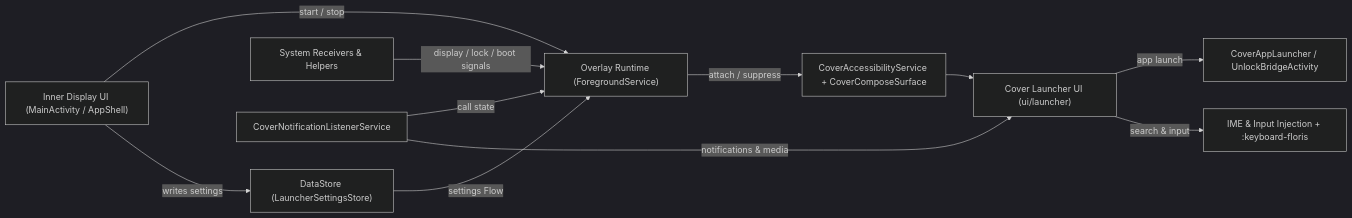
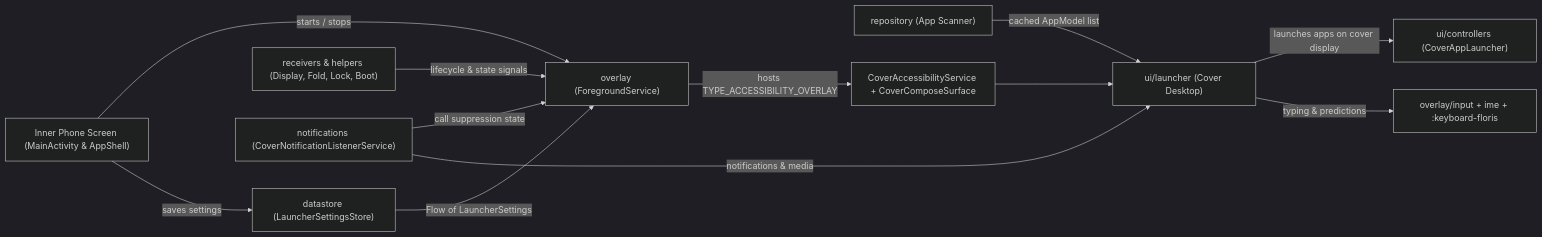
One commit to tyejaedon/Cover-Screen-OS changed the diagram in app/README.md. Above: the diagram before and after it, drawn with Mermaid (dark theme). The commit also changed other lines of this file and 157 other files, not shown here.

````diff
--- a/app/README.md
+++ b/app/README.md
@@ -18,13 +75,14 @@
 ```mermaid
 flowchart LR
-    Inner["Inner Display UI (MainActivity / AppShell)"] -->|"writes settings"| Store["DataStore (LauncherSettingsStore)"]
-    Inner -->|"start / stop"| Engine["Overlay Runtime (ForegroundService)"]
-    Receivers["System Receivers & Helpers"] -->|"display / lock / boot signals"| Engine
-    Notifs["CoverNotificationListenerService"] -->|"notifications & media"| Launcher["Cover Launcher UI (ui/launcher)"]
-    Notifs -->|"call state"| Engine
-    Store -->|"settings Flow"| Engine
-    Engine -->|"attach / suppress"| Surface["CoverAccessibilityService + CoverComposeSurface"]
+    Inner["Inner Phone Screen (MainActivity & AppShell)"] -->|"saves settings"| Store["datastore (LauncherSettingsStore)"]
+    Inner -->|"starts / stops"| Engine["overlay (ForegroundService)"]
+    Receivers["receivers & helpers (Display, Fold, Lock, Boot)"] -->|"lifecycle & state signals"| Engine
+    Notifs["notifications (CoverNotificationListenerService)"] -->|"notifications & media"| Launcher["ui/launcher (Cover Desktop)"]
+    Notifs -->|"call suppression state"| Engine
+    Repo["repository (App Scanner)"] -->|"cached AppModel list"| Launcher
+    Store -->|"Flow of LauncherSettings"| Engine
+    Engine -->|"hosts TYPE_ACCESSIBILITY_OVERLAY"| Surface["CoverAccessibilityService + CoverComposeSurface"]
     Surface --> Launcher
-    Launcher -->|"search & input"| Input["IME & Input Injection + :keyboard-floris"]
-    Launcher -->|"app launch"| Controllers["CoverAppLauncher / UnlockBridgeActivity"]
+    Launcher -->|"typing & predictions"| Input["overlay/input + ime + :keyboard-floris"]
+    Launcher -->|"launches apps on cover display"| Controllers["ui/controllers (CoverAppLauncher)"]
 ```
````
